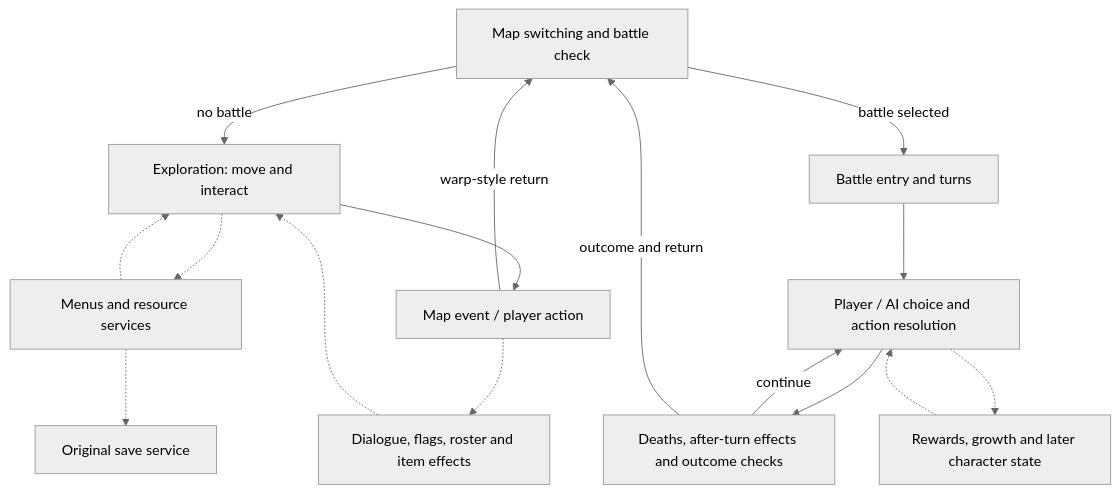
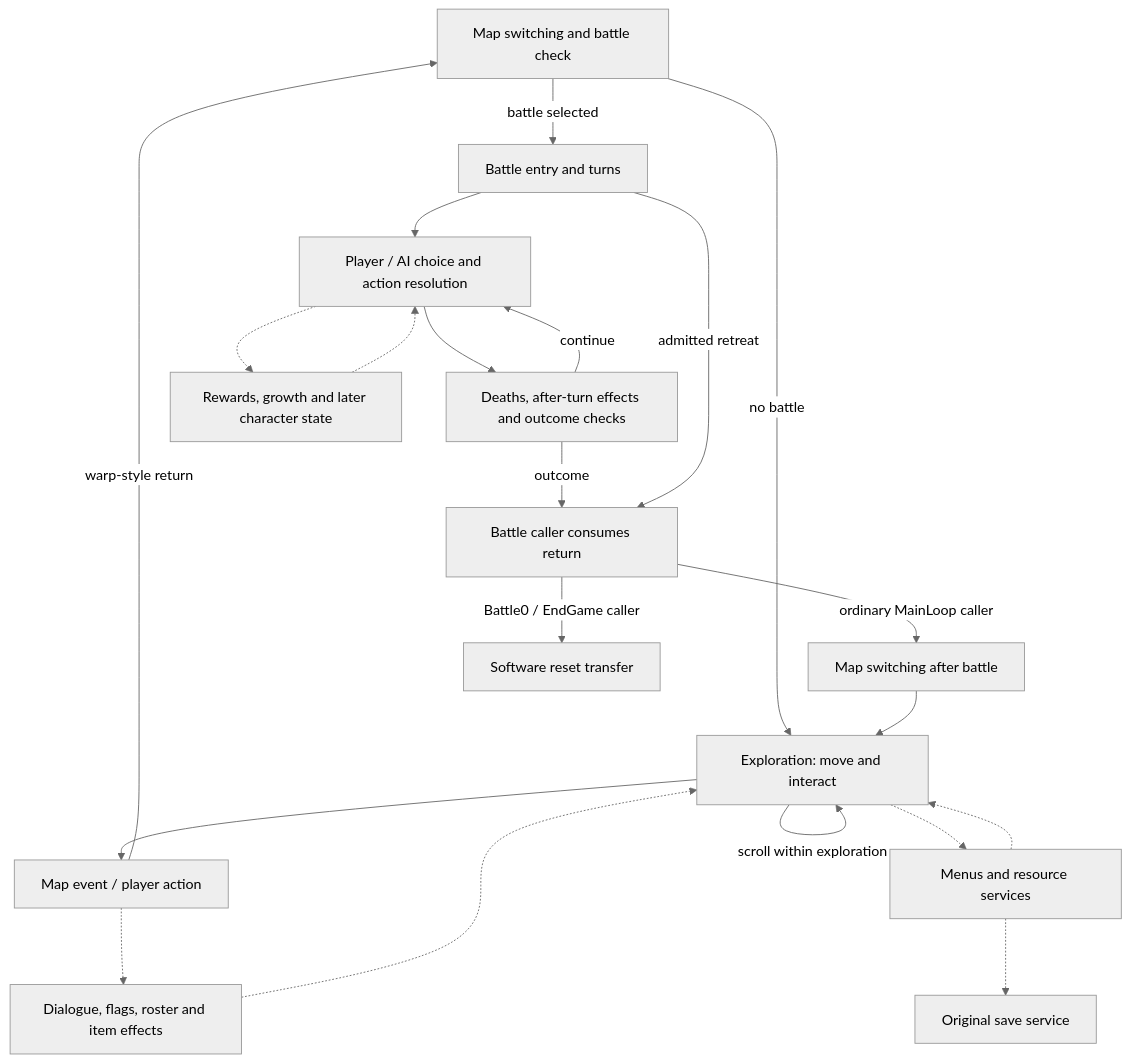
One commit to FrankHZ/md-sf2-reverse-engineering changed the diagram in docs/design/synthesis/gameplay-overview.md. Above: the diagram before and after it, drawn with Mermaid (neutral theme). The commit also changed other lines of this file and 2 other files, not shown here.

````diff
--- a/docs/design/synthesis/gameplay-overview.md
+++ b/docs/design/synthesis/gameplay-overview.md
@@ -263,18 +268,23 @@
 ```mermaid
 flowchart TD
     Route["Map switching and battle check"] -->|"no battle"| Explore["Exploration: move and interact"]
     Route -->|"battle selected"| Battle["Battle entry and turns"]
     Explore --> Event["Map event / player action"]
     Event -->|"warp-style return"| Route
+    Explore -->|"scroll within exploration"| Explore
     Event -.-> Local["Dialogue, flags, roster and item effects"]
     Local -.-> Explore
     Explore -.-> Services["Menus and resource services"]
     Services -.-> Explore
     Battle --> Action["Player / AI choice and action resolution"]
     Action --> Checks["Deaths, after-turn effects and outcome checks"]
     Checks -->|"continue"| Action
-    Checks -->|"outcome and return"| Route
+    Checks -->|"outcome"| Caller["Battle caller consumes return"]
+    Battle -->|"admitted retreat"| Caller
+    Caller -->|"ordinary MainLoop caller"| ReturnMap["Map switching after battle"]
+    ReturnMap --> Explore
+    Caller -->|"Battle0 / EndGame caller"| Reset["Software reset transfer"]
     Action -.-> Growth["Rewards, growth and later character state"]
     Growth -.-> Action
     Services -.-> Save["Original save service"]
 ```
````
